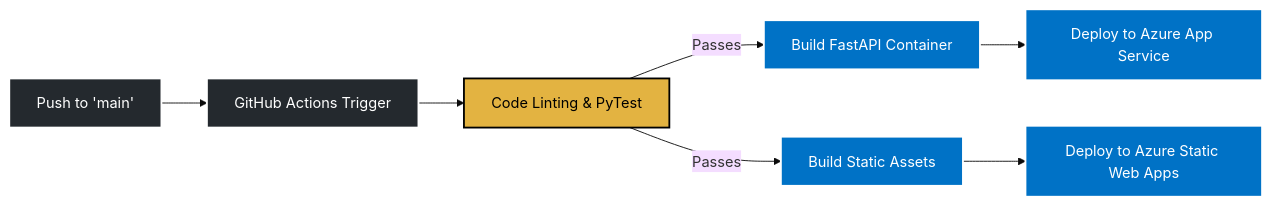
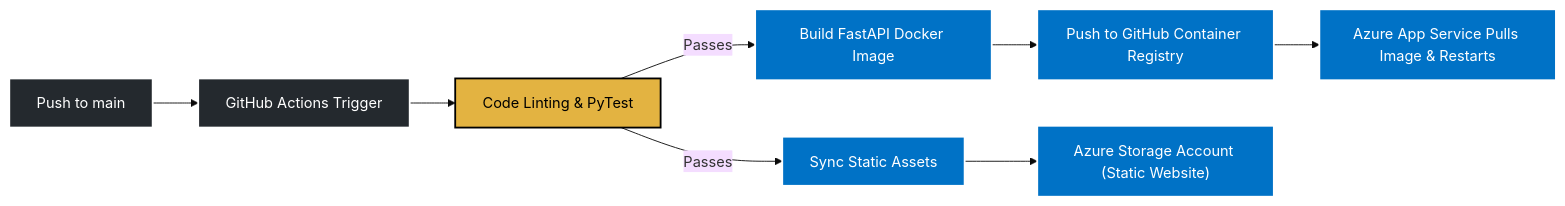
The fifth of 5 diagrams in docs/design_doc.md (Dhruv-Puri/2nd-year-Internship), drawn with Mermaid (base theme) before and after one commit. The commit also changed other lines of this file, not shown here.

````diff
--- a/docs/design_doc.md
+++ b/docs/design_doc.md
@@ -169,17 +234,17 @@
 ```mermaid
 graph LR
     %% Styles
     classDef git fill:#24292e,stroke:#fff,stroke-width:2px,color:#fff;
     classDef test fill:#e3b341,stroke:#000,stroke-width:2px,color:#000;
     classDef deploy fill:#0072C6,stroke:#fff,stroke-width:2px,color:#fff;
 
-    Push[Push to 'main']:::git --> Action[GitHub Actions Trigger]:::git
-    Action --> Lint[Code Linting & PyTest]:::test
+    Push["Push to main"]:::git --> Action["GitHub Actions Trigger"]:::git
+    Action --> Lint["Code Linting &amp; PyTest"]:::test
+     
+    Lint -->|Passes| BuildAPI["Build FastAPI Docker Image"]:::deploy
+    BuildAPI --> PushGHCR["Push to GitHub Container Registry"]:::deploy
+    PushGHCR --> DeployAPI["Azure App Service Pulls Image &amp; Restarts"]:::deploy
     
-    Lint -->|Passes| BuildAPI[Build FastAPI Container]:::deploy
-    Lint -->|Passes| BuildUI[Build Static Assets]:::deploy
-    
-    BuildAPI --> DeployAPI[Deploy to Azure App Service]:::deploy
-    BuildUI --> DeployUI[Deploy to Azure Static Web Apps]:::deploy
-
+    Lint -->|Passes| SyncUI["Sync Static Assets"]:::deploy
+    SyncUI --> DeployUI["Azure Storage Account (Static Website)"]:::deploy
 ```
````
